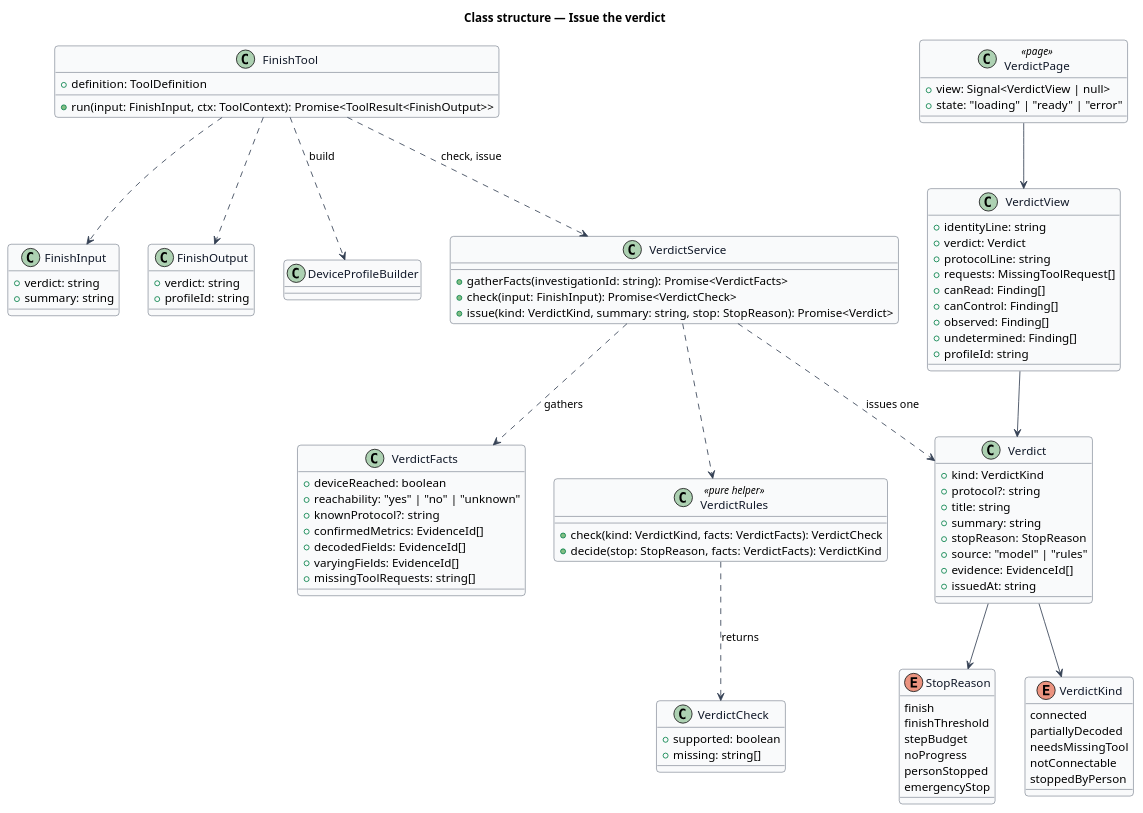
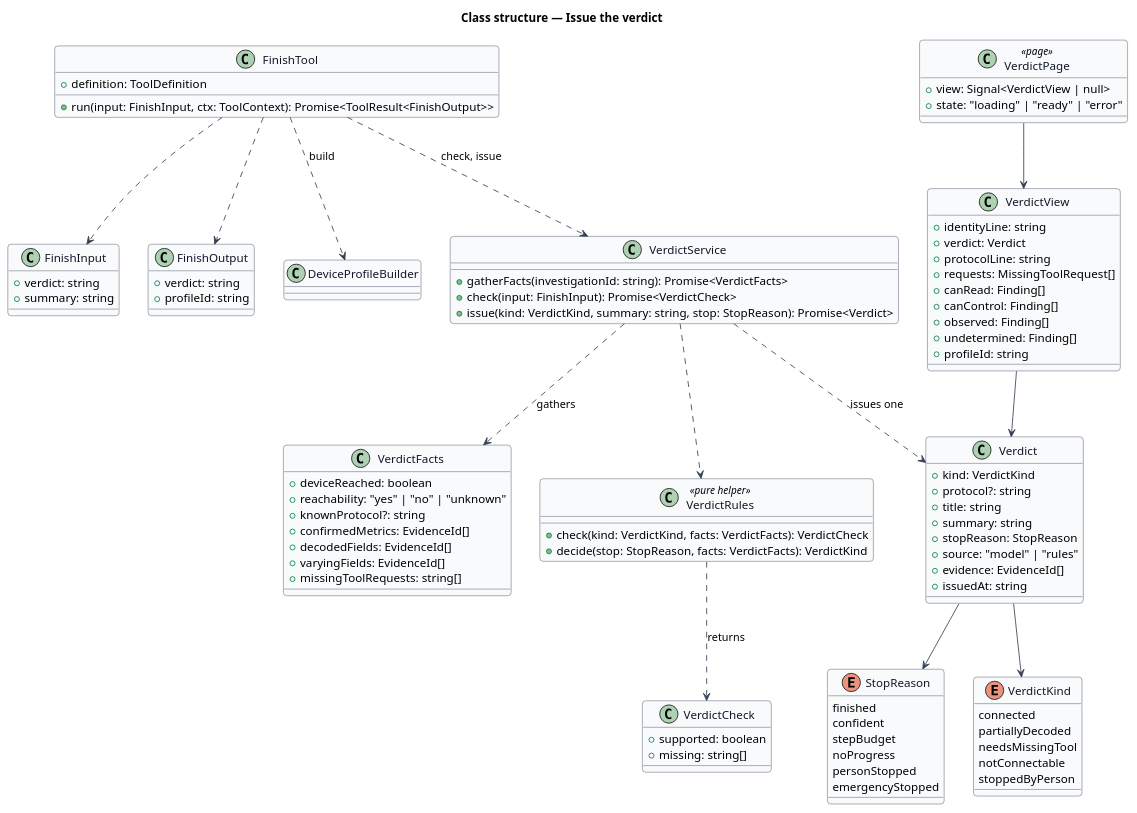
The diagram in docs/detailed-designs/outcome/issue-the-verdict/diagrams/class-structure.puml (QuinntyneBrown/gattsby), drawn with PlantUML before and after one commit. The commit also changed 24 other files, not shown here.

```diff
--- a/docs/detailed-designs/outcome/issue-the-verdict/diagrams/class-structure.puml
+++ b/docs/detailed-designs/outcome/issue-the-verdict/diagrams/class-structure.puml
@@ -1,114 +1,114 @@
 @startuml
 ' --- shared skin header ---
 skinparam backgroundColor #FFFFFF
 skinparam shadowing false
 skinparam roundcorner 8
 skinparam defaultFontName Arial
 skinparam ArrowColor #344054
 skinparam class {
   BorderColor #344054
   FontColor #101828
   BackgroundColor #F9FAFB
 }
 ' --------------------------
 title Class structure — Issue the verdict
 
 enum VerdictKind {
   connected
   partiallyDecoded
   needsMissingTool
   notConnectable
   stoppedByPerson
 }
 
 enum StopReason {
-  finish
-  finishThreshold
+  finished
+  confident
   stepBudget
   noProgress
   personStopped
-  emergencyStop
+  emergencyStopped
 }
 
 class Verdict {
   +kind: VerdictKind
   +protocol?: string
   +title: string
   +summary: string
   +stopReason: StopReason
   +source: "model" | "rules"
   +evidence: EvidenceId[]
   +issuedAt: string
 }
 
 class VerdictFacts {
   +deviceReached: boolean
   +reachability: "yes" | "no" | "unknown"
   +knownProtocol?: string
   +confirmedMetrics: EvidenceId[]
   +decodedFields: EvidenceId[]
   +varyingFields: EvidenceId[]
   +missingToolRequests: string[]
 }
 
 class VerdictCheck {
   +supported: boolean
   +missing: string[]
 }
 
 class VerdictRules <<pure helper>> {
   +check(kind: VerdictKind, facts: VerdictFacts): VerdictCheck
   +decide(stop: StopReason, facts: VerdictFacts): VerdictKind
 }
 
 class VerdictService {
   +gatherFacts(investigationId: string): Promise<VerdictFacts>
   +check(input: FinishInput): Promise<VerdictCheck>
   +issue(kind: VerdictKind, summary: string, stop: StopReason): Promise<Verdict>
 }
 
 class FinishTool {
   +definition: ToolDefinition
   +run(input: FinishInput, ctx: ToolContext): Promise<ToolResult<FinishOutput>>
 }
 
 class FinishInput {
   +verdict: string
   +summary: string
 }
 
 class FinishOutput {
   +verdict: string
   +profileId: string
 }
 
 class VerdictView {
   +identityLine: string
   +verdict: Verdict
   +protocolLine: string
   +requests: MissingToolRequest[]
   +canRead: Finding[]
   +canControl: Finding[]
   +observed: Finding[]
   +undetermined: Finding[]
   +profileId: string
 }
 
 class VerdictPage <<page>> {
   +view: Signal<VerdictView | null>
   +state: "loading" | "ready" | "error"
 }
 
 FinishTool ..> FinishInput
 FinishTool ..> FinishOutput
 FinishTool ..> VerdictService : check, issue
 FinishTool ..> DeviceProfileBuilder : build
 VerdictService ..> VerdictRules
 VerdictService ..> VerdictFacts : gathers
 VerdictRules ..> VerdictCheck : returns
 VerdictService ..> Verdict : issues one
 Verdict --> VerdictKind
 Verdict --> StopReason
 VerdictPage --> VerdictView
 VerdictView --> Verdict
 @enduml
```
